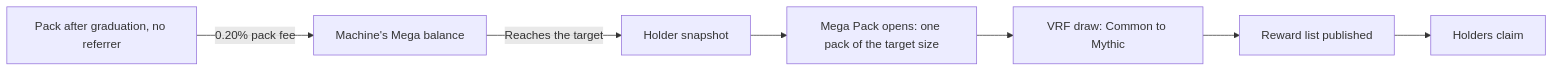
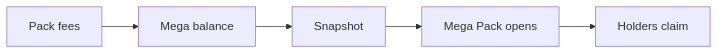
The diagram in mega-pack.mdx (gabox-labs/docs), drawn with Mermaid before and after one commit. The commit also changed other lines of this file and 20 other files, not shown here.

First line of the commit message:
Fix dollar rendering, simplify diagrams, and trim security detail

````diff
--- a/mega-pack.mdx
+++ b/mega-pack.mdx
@@ -9,9 +9,7 @@
 ```mermaid
 flowchart LR
- A[Pack after graduation, no referrer] -->|0.20% pack fee| B[Machine's Mega balance]
- B -->|Reaches the target| C[Holder snapshot]
- C --> D[Mega Pack opens: one pack of the target size]
- D --> E[VRF draw: Common to Mythic]
- E --> F[Reward list published]
- F --> G[Holders claim]
+ A[Pack fees] --> B[Mega balance]
+ B --> C[Snapshot]
+ C --> D[Mega Pack opens]
+ D --> E[Holders claim]
 ```
````
